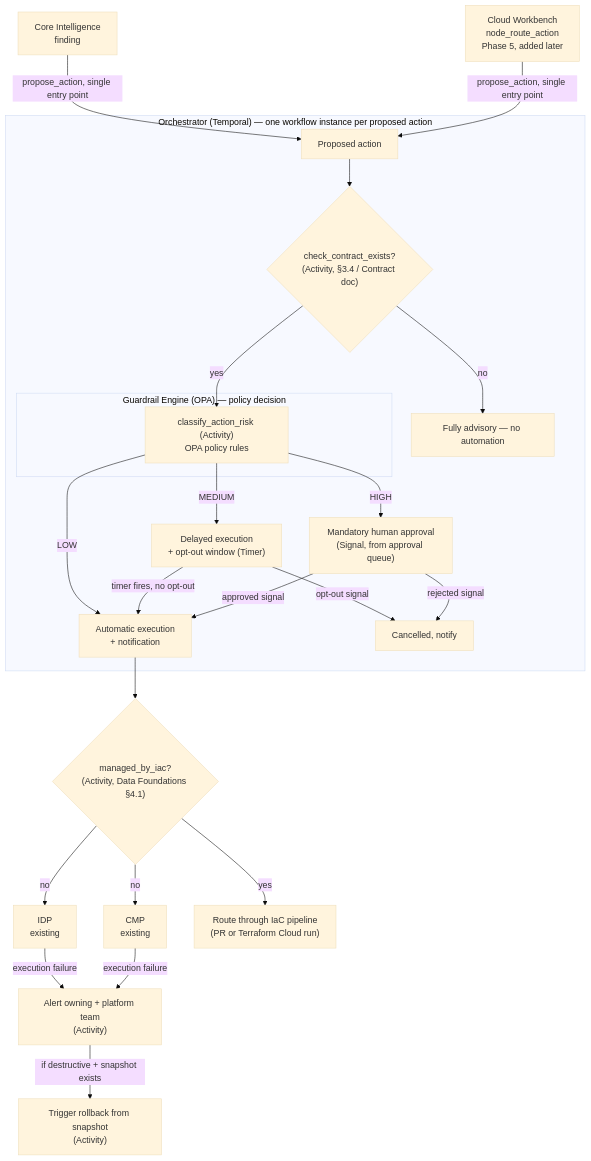
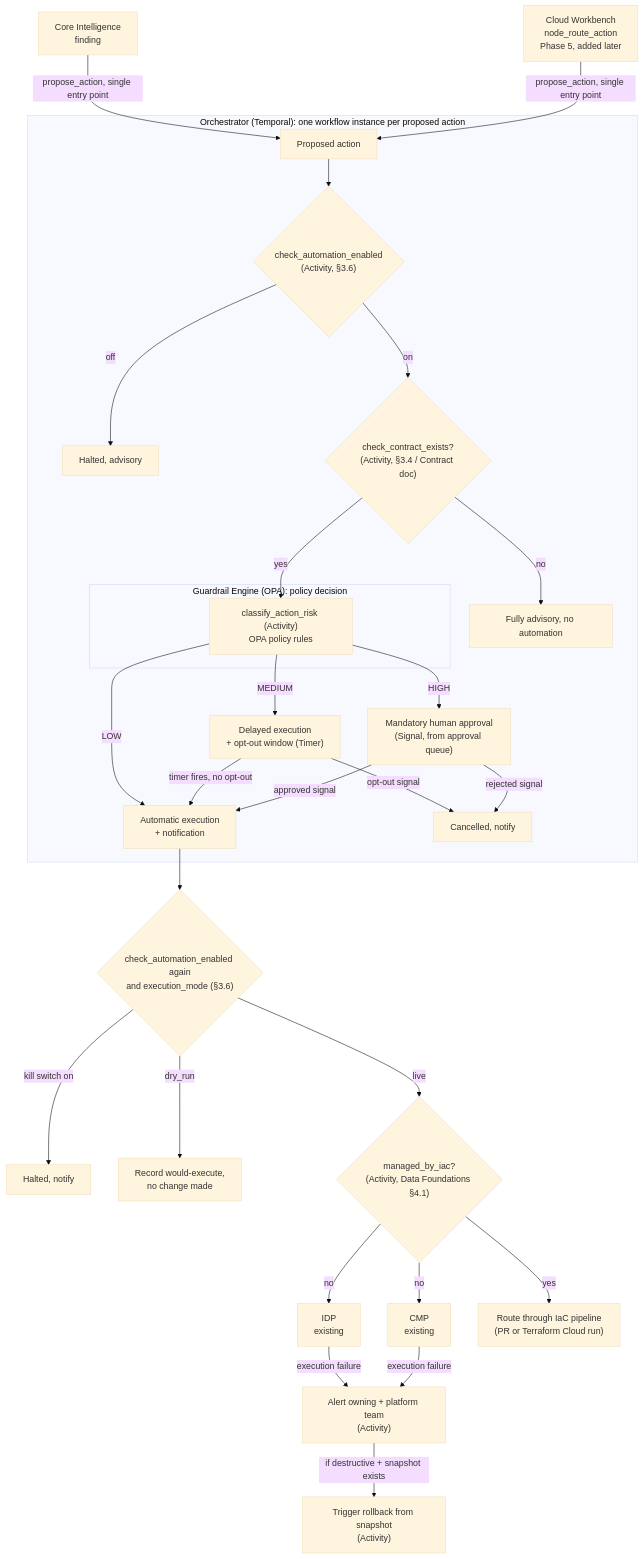
One commit to mbnest/finops-intelligence-platform changed the diagram in docs/Solution_Architecture_Governed_Automation.md. Above: the diagram before and after it, drawn with Mermaid (base theme). The commit also changed other lines of this file and 15 other files, not shown here.

First line of the commit message:
Revise architecture docs from review: billing data, ML framing, operating model, rollout, testing, and references

````diff
--- a/docs/Solution_Architecture_Governed_Automation.md
+++ b/docs/Solution_Architecture_Governed_Automation.md
@@ -48,29 +56,34 @@
 ```mermaid
 flowchart TD
     CI["Core Intelligence<br/>finding"] -->|propose_action, single entry point| P[Proposed action]
     CW["Cloud Workbench<br/>node_route_action<br/>Phase 5, added later"] -->|propose_action, single entry point| P
 
-    subgraph WF["Orchestrator (Temporal) — one workflow instance per proposed action"]
-        P --> CHECK{"check_contract_exists?<br/>(Activity, §3.4 / Contract doc)"}
-        CHECK -->|no| ADV["Fully advisory — no automation"]
+    subgraph WF["Orchestrator (Temporal): one workflow instance per proposed action"]
+        P --> K0{"check_automation_enabled<br/>(Activity, §3.6)"}
+        K0 -->|off| HALT0["Halted, advisory"]
+        K0 -->|on| CHECK{"check_contract_exists?<br/>(Activity, §3.4 / Contract doc)"}
+        CHECK -->|no| ADV["Fully advisory, no automation"]
         CHECK -->|yes| R
-        subgraph GUARD["Guardrail Engine (OPA) — policy decision"]
+        subgraph GUARD["Guardrail Engine (OPA): policy decision"]
             R["classify_action_risk (Activity)<br/>OPA policy rules"]
         end
         R -->|LOW| AUTO[Automatic execution<br/>+ notification]
         R -->|MEDIUM| DELAY["Delayed execution<br/>+ opt-out window (Timer)"]
         R -->|HIGH| HUMAN["Mandatory human approval<br/>(Signal, from approval queue)"]
         DELAY -->|opt-out signal| CANCEL[Cancelled, notify]
         DELAY -->|timer fires, no opt-out| AUTO
         HUMAN -->|approved signal| AUTO
         HUMAN -->|rejected signal| CANCEL
     end
 
-    AUTO --> IAC{"managed_by_iac?<br/>(Activity, Data Foundations §4.1)"}
+    AUTO --> GATE{"check_automation_enabled again<br/>and execution_mode (§3.6)"}
+    GATE -->|kill switch on| HALT["Halted, notify"]
+    GATE -->|dry_run| DRY["Record would-execute,<br/>no change made"]
+    GATE -->|live| IAC{"managed_by_iac?<br/>(Activity, Data Foundations §4.1)"}
     IAC -->|no| IDP["IDP<br/>existing"]
     IAC -->|no| CMP["CMP<br/>existing"]
     IAC -->|yes| TFPIPE["Route through IaC pipeline<br/>(PR or Terraform Cloud run)"]
     IDP -->|execution failure| FAIL["Alert owning + platform team<br/>(Activity)"]
     CMP -->|execution failure| FAIL
     FAIL -->|if destructive + snapshot exists| ROLLBACK["Trigger rollback from snapshot<br/>(Activity)"]
 ```
````
